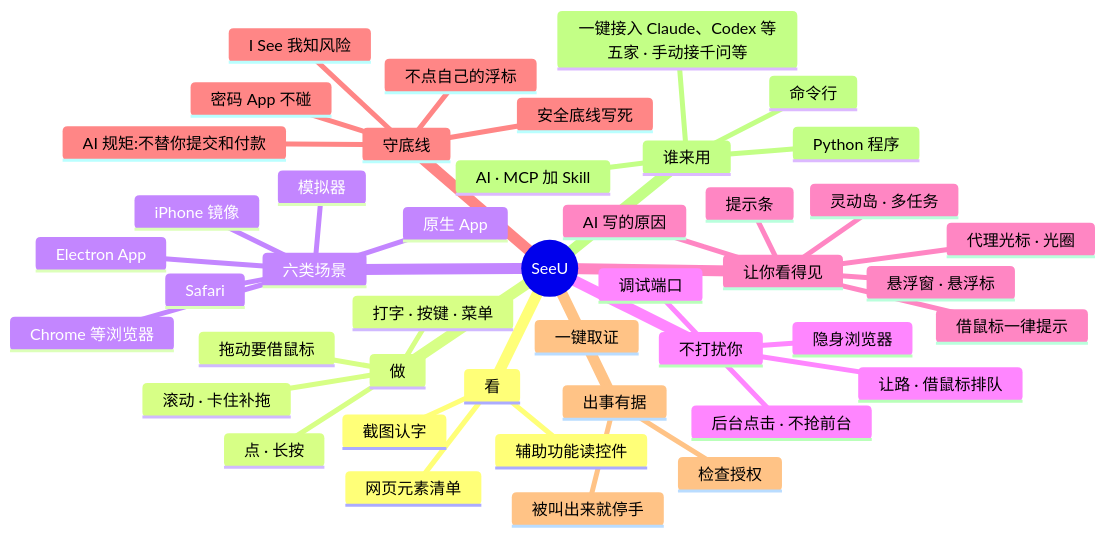
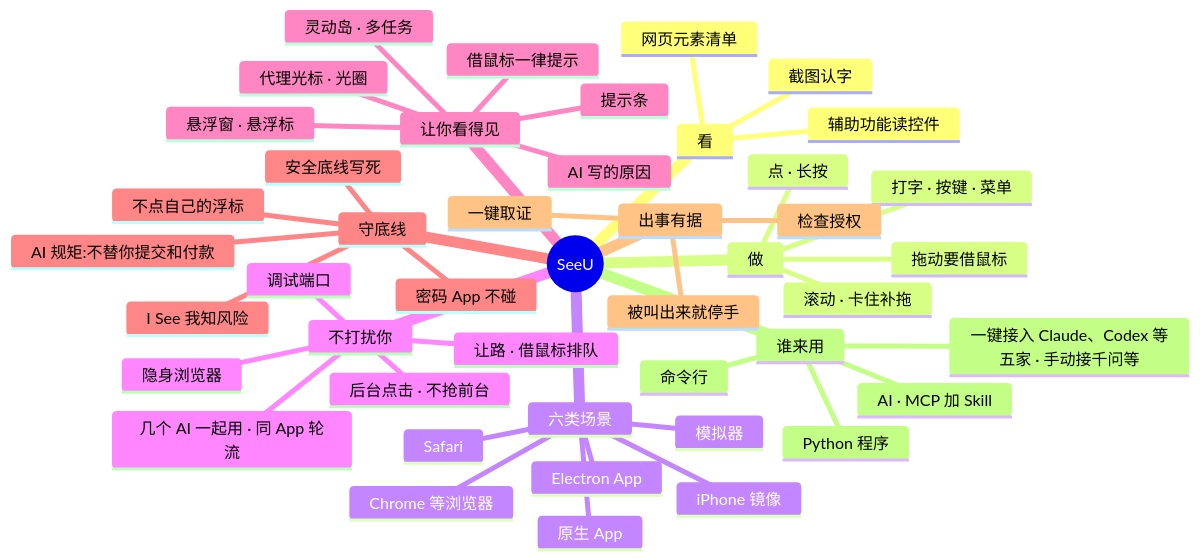
Diagram 13 of 13 in docs/SeeU-业务图.zh-CN.md (Mr-Bingoo/seeu-computeruse), drawn with Mermaid before and after one commit. The commit also changed other lines of this file and 11 other files, not shown here.

````diff
--- a/docs/SeeU-业务图.zh-CN.md
+++ b/docs/SeeU-业务图.zh-CN.md
@@ -561,47 +567,48 @@
 ```mermaid
 mindmap
   root((SeeU))
     看
       截图认字
       辅助功能读控件
       网页元素清单
     做
       点 · 长按
       打字 · 按键 · 菜单
       滚动 · 卡住补拖
       拖动要借鼠标
     六类场景
       Safari
       Chrome 等浏览器
       Electron App
       原生 App
       模拟器
       iPhone 镜像
     不打扰你
       后台点击 · 不抢前台
       让路 · 借鼠标排队
+      几个 AI 一起用 · 同 App 轮流
       隐身浏览器
       调试端口
     让你看得见
       悬浮窗 · 悬浮标
       灵动岛 · 多任务
       代理光标 · 光圈
       提示条
       AI 写的原因
       借鼠标一律提示
     守底线
       安全底线写死
       密码 App 不碰
       不点自己的浮标
       AI 规矩:不替你提交和付款
       I See 我知风险
     出事有据
       检查授权
       一键取证
       被叫出来就停手
     谁来用
       Python 程序
       AI · MCP 加 Skill
       一键接入 Claude、Codex 等五家 · 手动接千问等
       命令行
 ```
````
